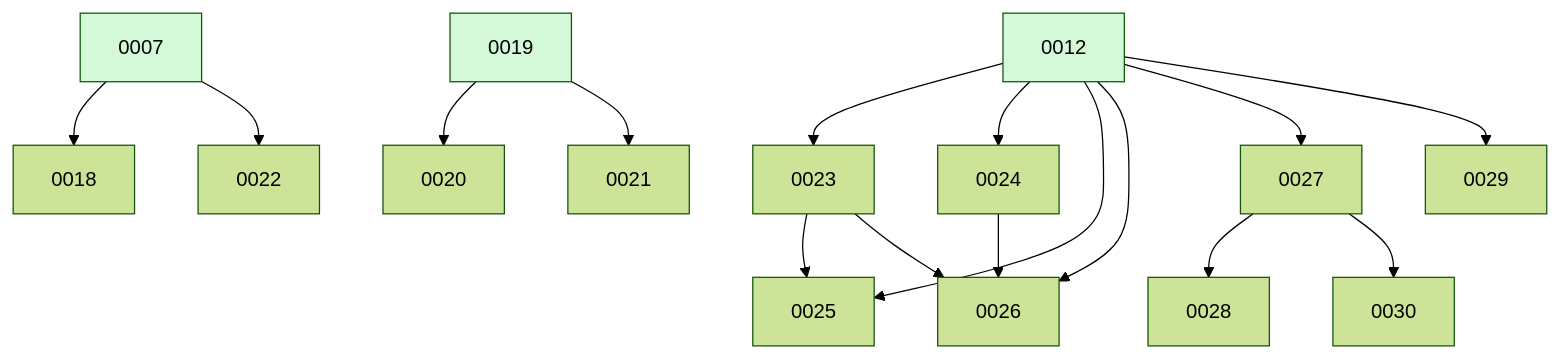
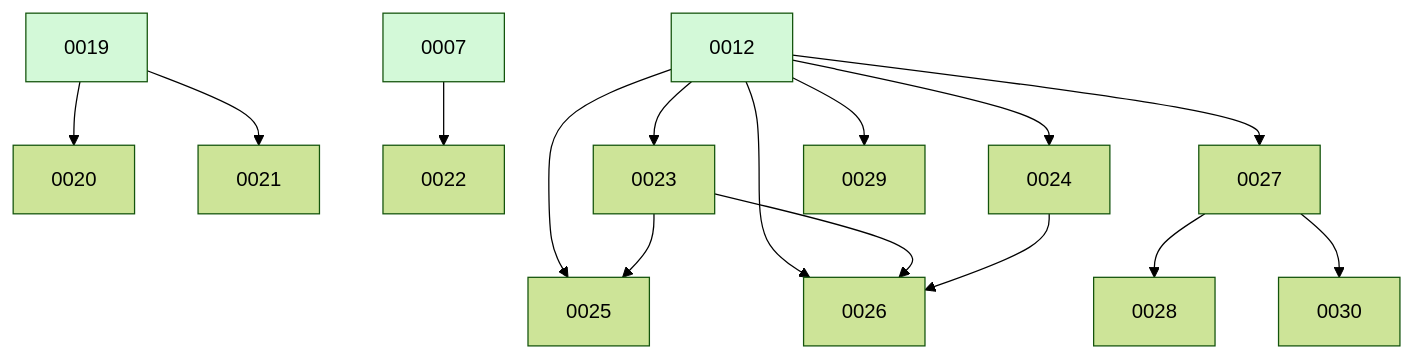
One commit to ethanhinson/fuse changed the diagram in docs/changes/BOARD.md. Above: the diagram before and after it, drawn with Mermaid (forest theme). The commit also changed other lines of this file, not shown here.

````diff
--- a/docs/changes/BOARD.md
+++ b/docs/changes/BOARD.md
@@ -27,22 +21,21 @@
 ```mermaid
 graph TD
-  0007 --> 0018
   0019 --> 0020
   0019 --> 0021
   0007 --> 0022
   0012 --> 0023
   0012 --> 0024
   0012 --> 0025
   0023 --> 0025
   0012 --> 0026
   0023 --> 0026
   0024 --> 0026
   0012 --> 0027
   0027 --> 0028
   0012 --> 0029
   0027 --> 0030
   0007:::done
   0012:::done
   0019:::done
   classDef done fill:#d3f9d8;
 ```
````
